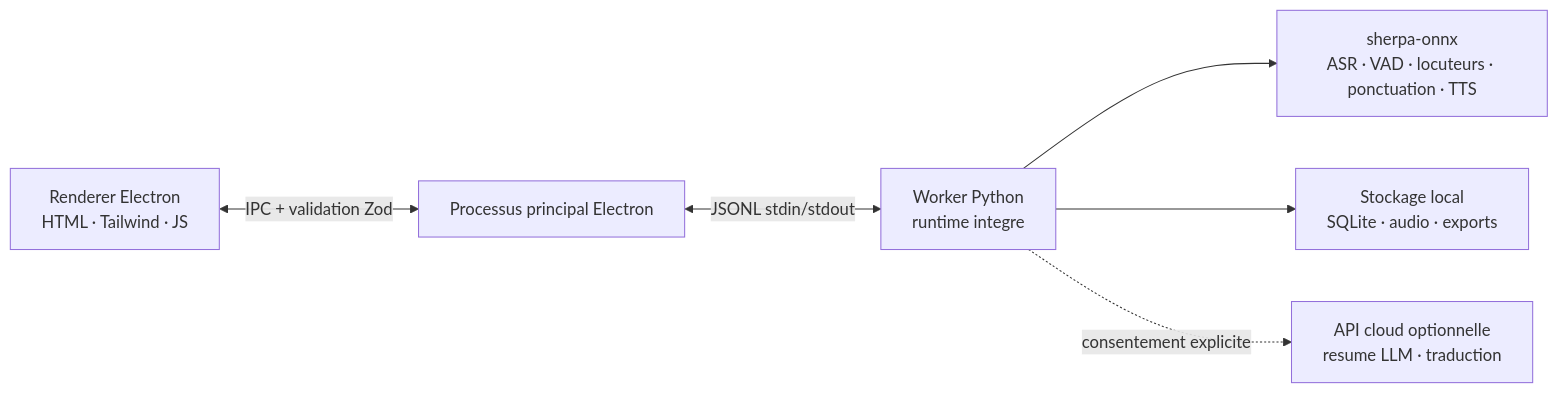
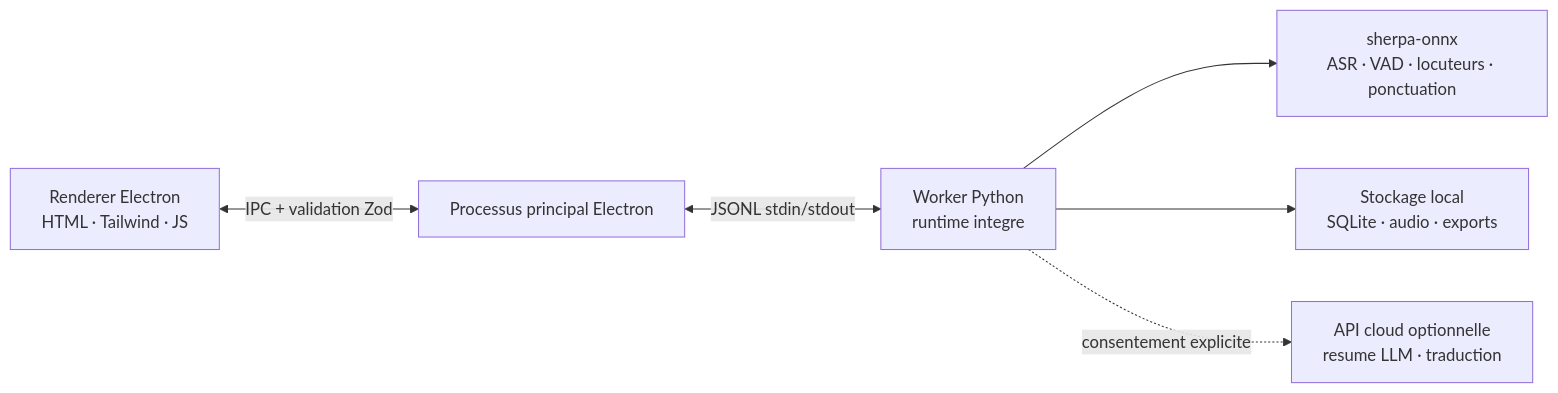
Before and after one commit to zerolovesea/Brevia: the diagram in docs/README.fr.md, drawn with Mermaid. The commit also changed other lines of this file and 47 other files, not shown here.

````diff
--- a/docs/README.fr.md
+++ b/docs/README.fr.md
@@ -78,8 +77,8 @@
 ```mermaid
 flowchart LR
   A[Renderer Electron<br/>HTML · Tailwind · JS] <-->|IPC + validation Zod| B[Processus principal Electron]
   B <-->|JSONL stdin/stdout| C[Worker Python<br/>runtime integre]
-  C --> D[sherpa-onnx<br/>ASR · VAD · locuteurs · ponctuation · TTS]
+  C --> D[sherpa-onnx<br/>ASR · VAD · locuteurs · ponctuation]
   C --> E[Stockage local<br/>SQLite · audio · exports]
   C -. consentement explicite .-> F[API cloud optionnelle<br/>resume LLM · traduction]
 ```
````
